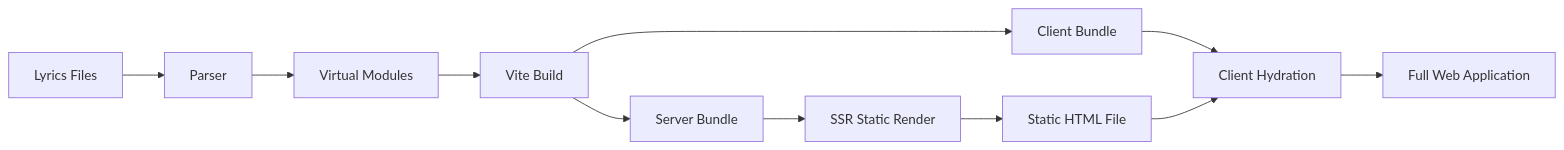
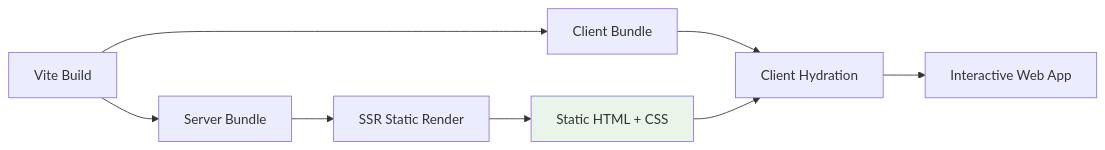
One commit to elecmonkey/lyri changed the second of 2 diagrams in README.md. Above: the diagram before and after it, drawn with Mermaid. The commit also changed other lines of this file, not shown here.

````diff
--- a/README.md
+++ b/README.md
@@ -11,13 +25,12 @@
 ```mermaid
 graph LR
-    A[Lyrics Files] --> B[Parser]
-    B --> C[Virtual Modules]
-    C --> D[Vite Build]
-    D --> E[Client Bundle]
-    D --> F[Server Bundle]
-    F --> G[SSR Static Render]
-    G --> H[Static HTML File]
-    E --> I[Client Hydration]
-    H --> I
-    I --> J[Full Web Application]
+    F[Vite Build] --> G[Client Bundle]
+    F --> H[Server Bundle]
+    H --> I[SSR Static Render]
+    I --> J[Static HTML + CSS]
+    G --> K[Client Hydration]
+    J --> K
+    K --> L[Interactive Web App]
+    
+    style J fill:#e8f5e8
 ```
````
